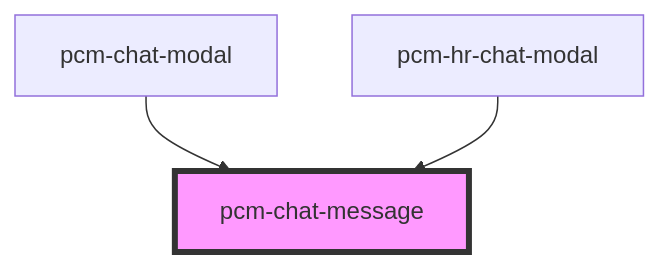
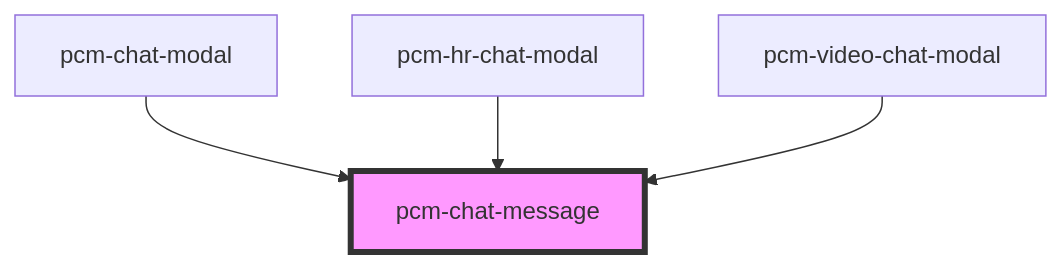
One commit to Pincaimao/pcm-agents-sdk changed the diagram in packages/pcm-agents/docs/components/pcm-chat-message/readme.md. Above: the diagram before and after it, drawn with Mermaid. The commit also changed other lines of this file and 12 other files, not shown here.

````diff
--- a/packages/pcm-agents/docs/components/pcm-chat-message/readme.md
+++ b/packages/pcm-agents/docs/components/pcm-chat-message/readme.md
@@ -27,6 +28,7 @@
 ```mermaid
 graph TD;
   pcm-chat-modal --> pcm-chat-message
   pcm-hr-chat-modal --> pcm-chat-message
+  pcm-video-chat-modal --> pcm-chat-message
   style pcm-chat-message fill:#f9f,stroke:#333,stroke-width:4px
 ```
````
